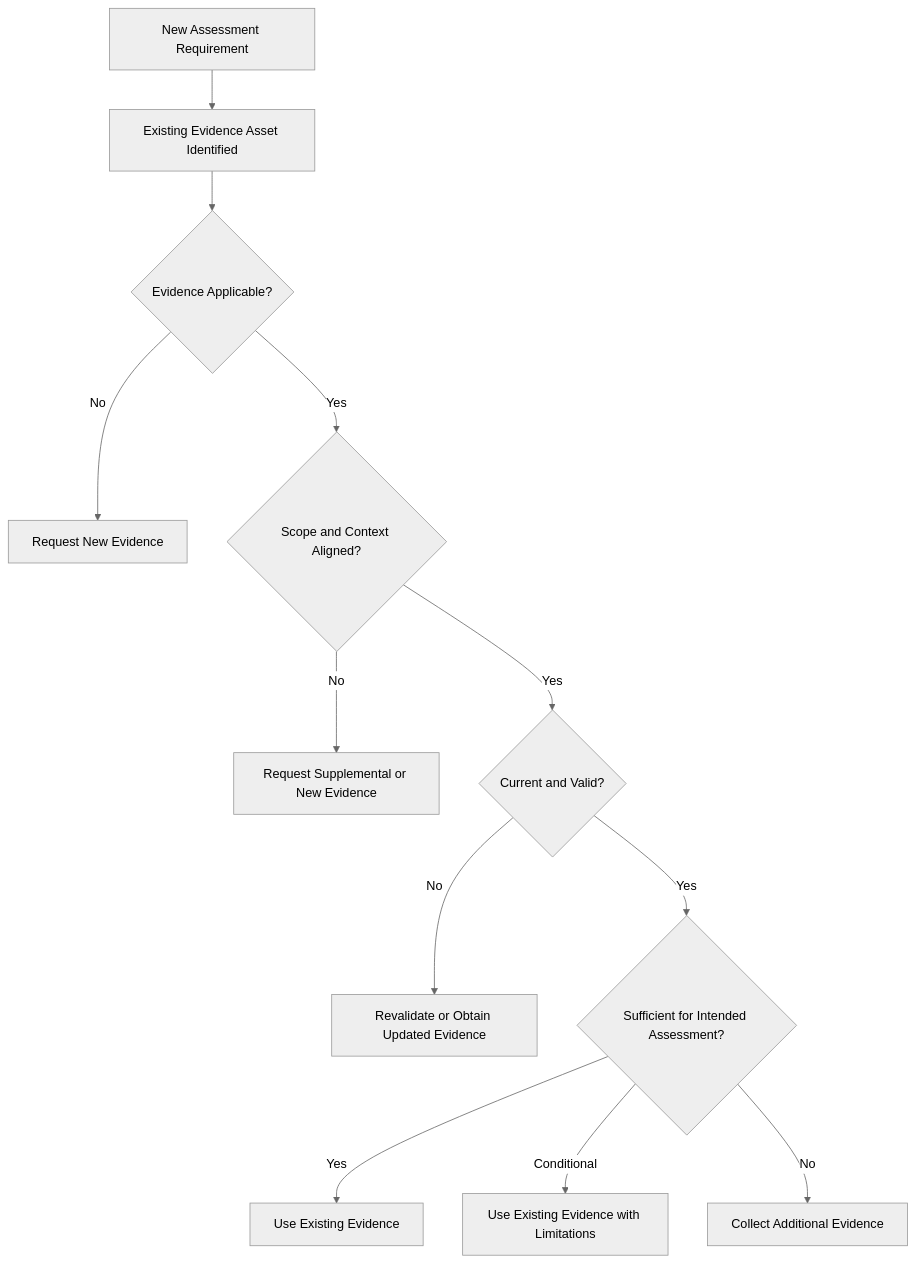
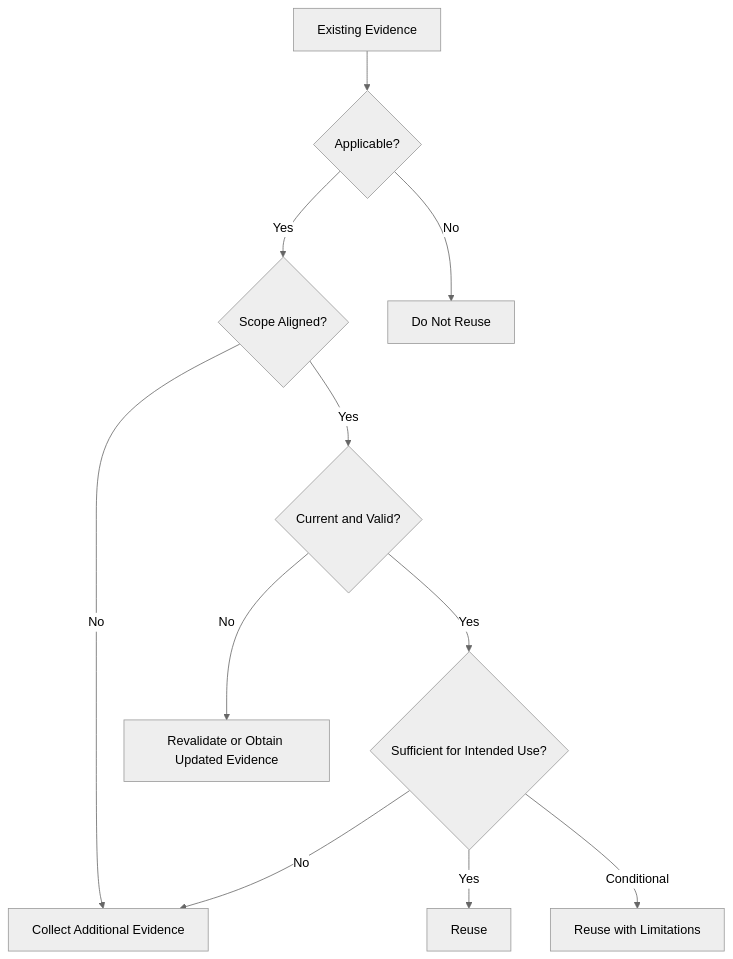
The fourth of 10 diagrams in 03_Reference_Architecture/Evidence-Architecture.md (SamJ083/evidence-convergence-framework), drawn with Mermaid (neutral theme) before and after one commit. The commit also changed other lines of this file, not shown here.

First line of the commit message:
Corrected the file contents to Evidence Architecture

````diff
--- a/03_Reference_Architecture/Evidence-Architecture.md
+++ b/03_Reference_Architecture/Evidence-Architecture.md
@@ -516,27 +604,24 @@
 ```mermaid
 flowchart TD
-    A[New Assessment Requirement]
-    B[Existing Evidence Asset Identified]
-    C{Evidence Applicable?}
-    D[Request New Evidence]
-    E{Scope and Context Aligned?}
-    F[Request Supplemental or New Evidence]
-    G{Current and Valid?}
+    A[Existing Evidence]
+    B{Applicable?}
+    C{Scope Aligned?}
+    D{Current and Valid?}
+    E{Sufficient for Intended Use?}
+    F[Reuse]
+    G[Reuse with Limitations]
     H[Revalidate or Obtain Updated Evidence]
-    I{Sufficient for Intended Assessment?}
-    J[Use Existing Evidence]
-    K[Use Existing Evidence with Limitations]
-    L[Collect Additional Evidence]
+    I[Collect Additional Evidence]
+    J[Do Not Reuse]
 
     A --> B
-    B --> C
-    C -- No --> D
-    C -- Yes --> E
-    E -- No --> F
-    E -- Yes --> G
-    G -- No --> H
-    G -- Yes --> I
-    I -- Yes --> J
-    I -- Conditional --> K
-    I -- No --> L
+    B -- No --> J
+    B -- Yes --> C
+    C -- No --> I
+    C -- Yes --> D
+    D -- No --> H
+    D -- Yes --> E
+    E -- Yes --> F
+    E -- Conditional --> G
+    E -- No --> I
 ```
````
